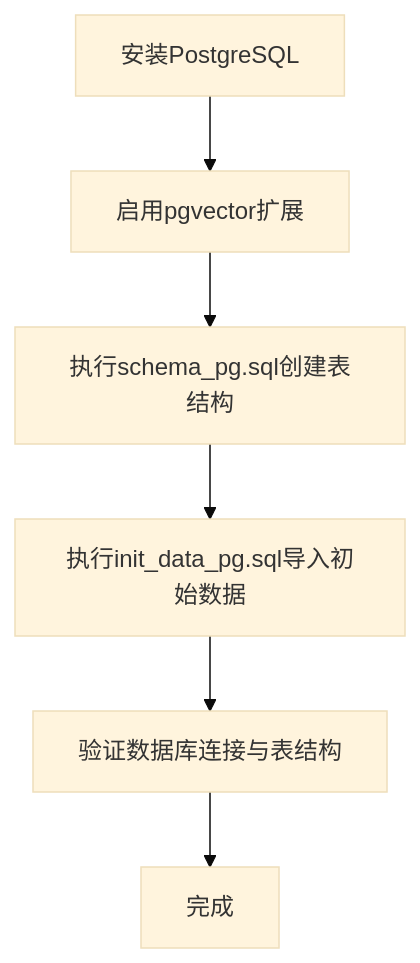
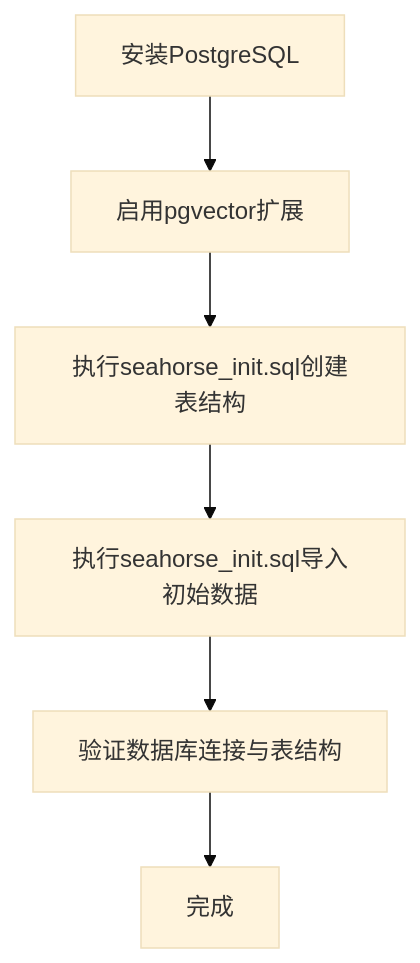
The fifth of 6 diagrams in docs/zh/content/部署配置/开发环境搭建.md (onceMisery/seahorse-agent), drawn with Mermaid (base theme) before and after one commit. The commit also changed other lines of this file and 31 other files, not shown here.

````diff
--- a/docs/zh/content/部署配置/开发环境搭建.md
+++ b/docs/zh/content/部署配置/开发环境搭建.md
@@ -196,8 +196,8 @@
 ```mermaid
 flowchart TD
 DBStart["安装PostgreSQL"] --> EnableExt["启用pgvector扩展"]
-EnableExt --> CreateSchema["执行schema_pg.sql创建表结构"]
-CreateSchema --> InitData["执行init_data_pg.sql导入初始数据"]
+EnableExt --> CreateSchema["执行seahorse_init.sql创建表结构"]
+CreateSchema --> InitData["执行seahorse_init.sql导入初始数据"]
 InitData --> Verify["验证数据库连接与表结构"]
 Verify --> Done["完成"]
 ```
````
